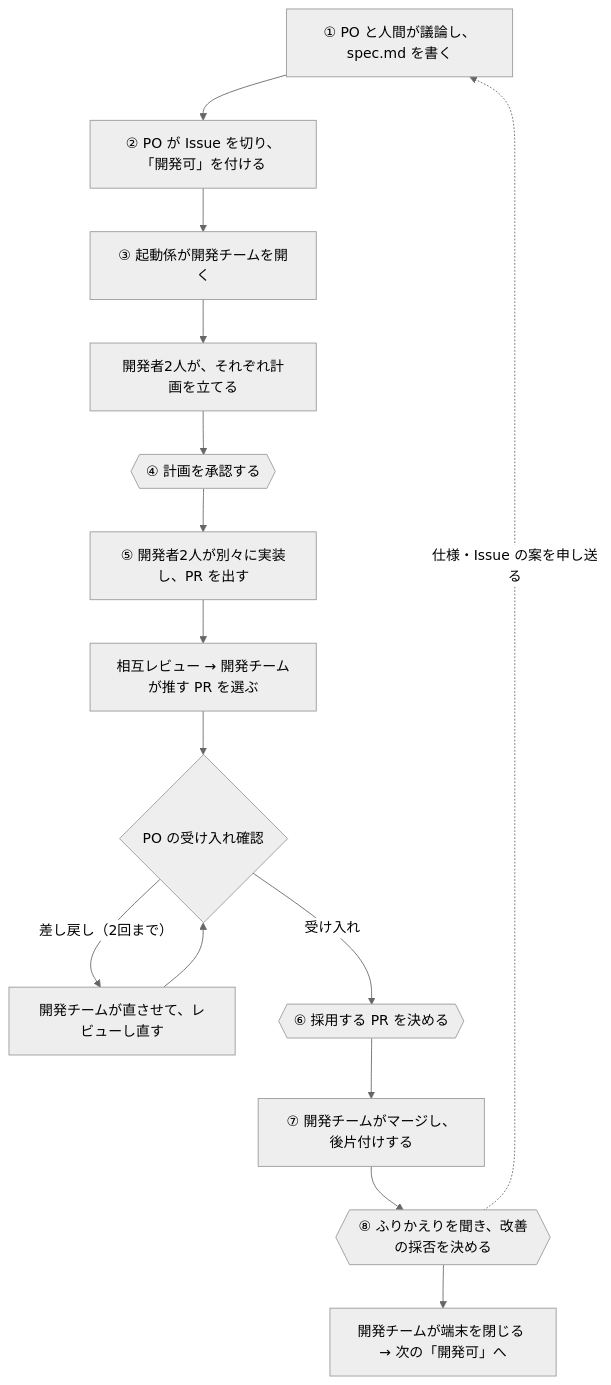
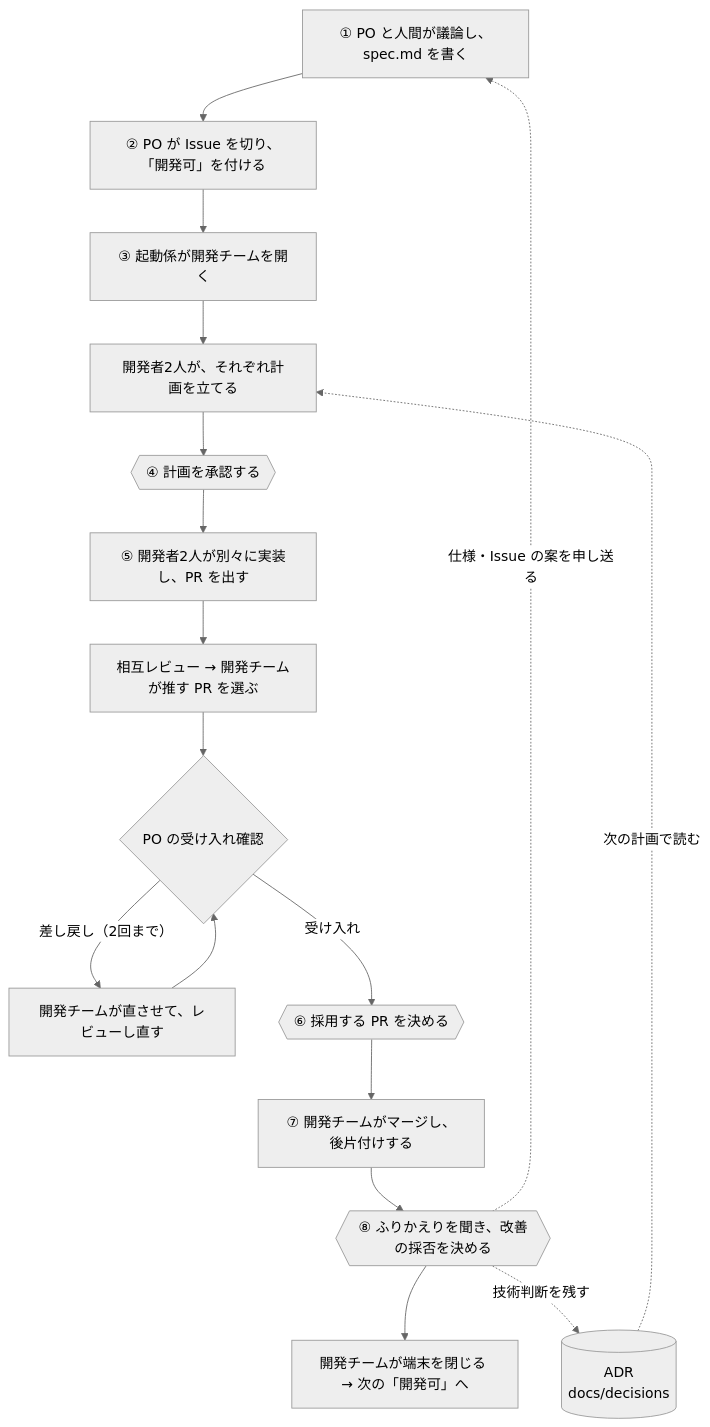
One commit to dyamada-jaki/overstrata-board changed the second of 2 diagrams in README.md. Above: the diagram before and after it, drawn with Mermaid (neutral theme). The commit also changed other lines of this file and 9 other files, not shown here.

````diff
--- a/README.md
+++ b/README.md
@@ -53,17 +53,19 @@
 ```mermaid
 flowchart TD
   s1["① PO と人間が議論し、spec.md を書く"] --> s2["② PO が Issue を切り、「開発可」を付ける"]
   s2 --> s3["③ 起動係が開発チームを開く"]
   s3 --> plan["開発者2人が、それぞれ計画を立てる"]
   plan --> g4{{"④ 計画を承認する"}}
   g4 --> s5["⑤ 開発者2人が別々に実装し、PR を出す"]
   s5 --> rev["相互レビュー → 開発チームが推す PR を選ぶ"]
   rev --> po{"PO の受け入れ確認"}
   po -->|"差し戻し（2回まで）"| fix["開発チームが直させて、レビューし直す"]
   fix --> po
   po -->|受け入れ| g6{{"⑥ 採用する PR を決める"}}
   g6 --> s7["⑦ 開発チームがマージし、後片付けする"]
   s7 --> g8{{"⑧ ふりかえりを聞き、改善の採否を決める"}}
   g8 --> close["開発チームが端末を閉じる → 次の「開発可」へ"]
   g8 -.->|"仕様・Issue の案を申し送る"| s1
+  g8 -.->|"技術判断を残す"| adr[("ADR<br/>docs/decisions")]
+  adr -.->|"次の計画で読む"| plan
 ```
````
